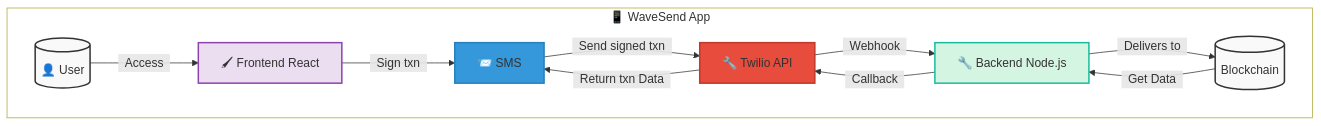
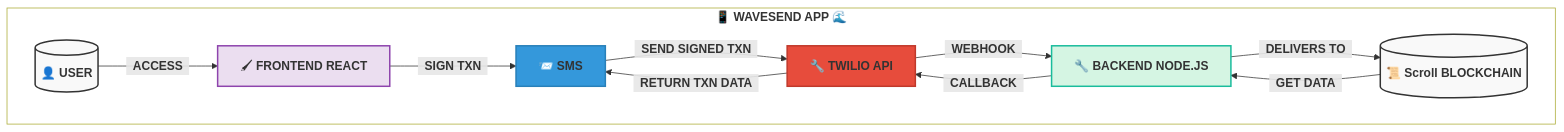
The diagram in README.md (juancolchete/waveSend), drawn with Mermaid before and after one commit.

Commit message:
docs: add final tech flow

````diff
--- a/README.md
+++ b/README.md
@@ -10,33 +10,34 @@
 ```mermaid
 flowchart TD
- subgraph subGraph0["📱 WaveSend App"]
-        Frontend["🖌 Frontend React"]
-        User[("👤 User")]
-        SMS["📨 SMS"]
-        Twilio["🔧 Twilio API"]
-        Backend["🔧 Backend Node.js"]
-        Blockchain["Blockchain"]
+ subgraph subGraph0["📱 <b>WAVESEND APP<b> 🌊"]
+        Frontend["🖌 <b>FRONTEND REACT<b>"]
+        User[("👤 <b>USER<b>")]
+        SMS["📨 <b>SMS<b>"]
+        Twilio["🔧 <b>TWILIO API<b>"]
+        Backend["🔧 <b>BACKEND NODE.JS<b>"]
+        Blockchain["<b>📜 Scroll BLOCKCHAIN<b>"]
   end
-    User -- &nbsp;&nbsp;Access&nbsp;&nbsp; --> Frontend
-    Frontend -- &nbsp;&nbsp;Sign txn&nbsp;&nbsp; --> SMS
-    SMS -- &nbsp;&nbsp;Send signed txn&nbsp;&nbsp; --> Twilio
-    Twilio -- &nbsp;&nbsp;Webhook&nbsp;&nbsp; --> Backend
-    Backend -- &nbsp;&nbsp;Callback&nbsp;&nbsp; --> Twilio
-    Backend -- &nbsp;&nbsp;Delivers to&nbsp;&nbsp; --> Blockchain
-    Blockchain -- &nbsp;&nbsp;Get Data&nbsp;&nbsp; --> Backend
-    Twilio -- &nbsp;&nbsp;Return txn Data&nbsp;&nbsp; --> SMS
+    User -- &nbsp;&nbsp;<b>ACCESS<b>&nbsp;&nbsp; --> Frontend
+    Frontend -- &nbsp;&nbsp;<b>SIGN TXN<b>&nbsp;&nbsp; --> SMS
+    SMS -- &nbsp;&nbsp;<b>SEND SIGNED TXN<b>&nbsp;&nbsp; --> Twilio
+    Twilio -- &nbsp;&nbsp;<b>WEBHOOK<b>&nbsp;&nbsp; --> Backend
+    Backend -- &nbsp;&nbsp;<b>CALLBACK<b>&nbsp;&nbsp; --> Twilio
+    Backend -- &nbsp;&nbsp;<b>DELIVERS TO<b>&nbsp;&nbsp; --> Blockchain
+    Blockchain -- &nbsp;&nbsp;<b>GET DATA<b>&nbsp;&nbsp; --> Backend
+    Twilio -- &nbsp;&nbsp;<b>RETURN TXN DATA<b>&nbsp;&nbsp; --> SMS
 
     Blockchain@{ shape: cyl}
     style Frontend fill:#ebdef0,stroke:#8e44ad,stroke-width:2px
     style User fill:#f9f9f9,stroke:#333,stroke-width:2px
     style SMS fill:#3498db,stroke:#2980b9,stroke-width:2px
     style Twilio fill:#e74c3c,stroke:#c0392b,stroke-width:2px
     style Backend fill:#d5f5e3,stroke:#1abc9c,stroke-width:2px
     style Blockchain fill:#f9f9f9,stroke:#333,stroke-width:2px
     style subGraph0 fill: white
 
 
 %%{init:{'theme':'default'}}%%
 
 
+
 ```
````
